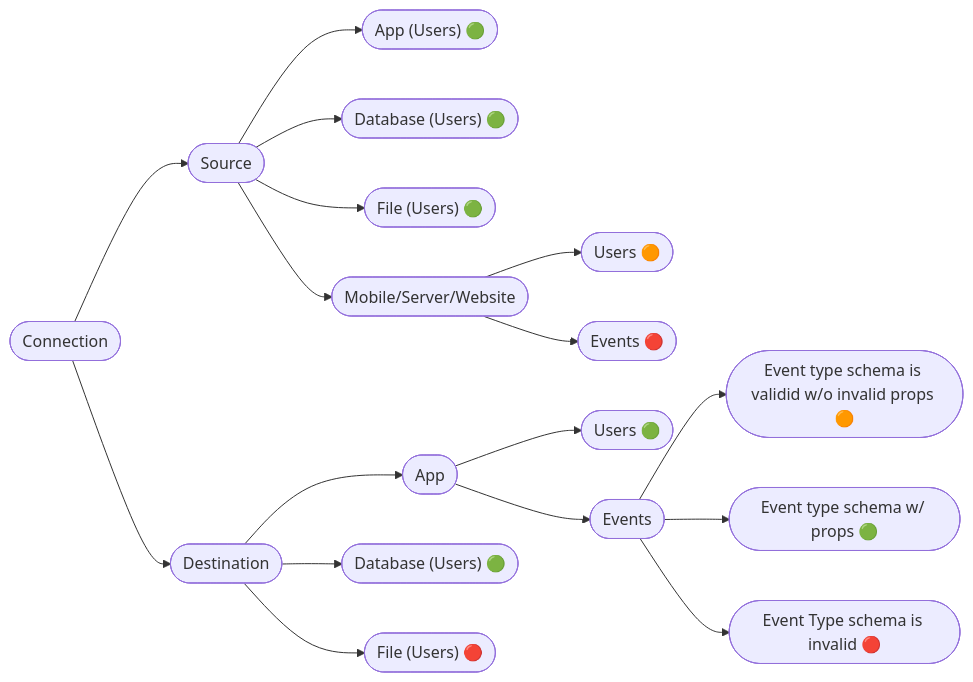
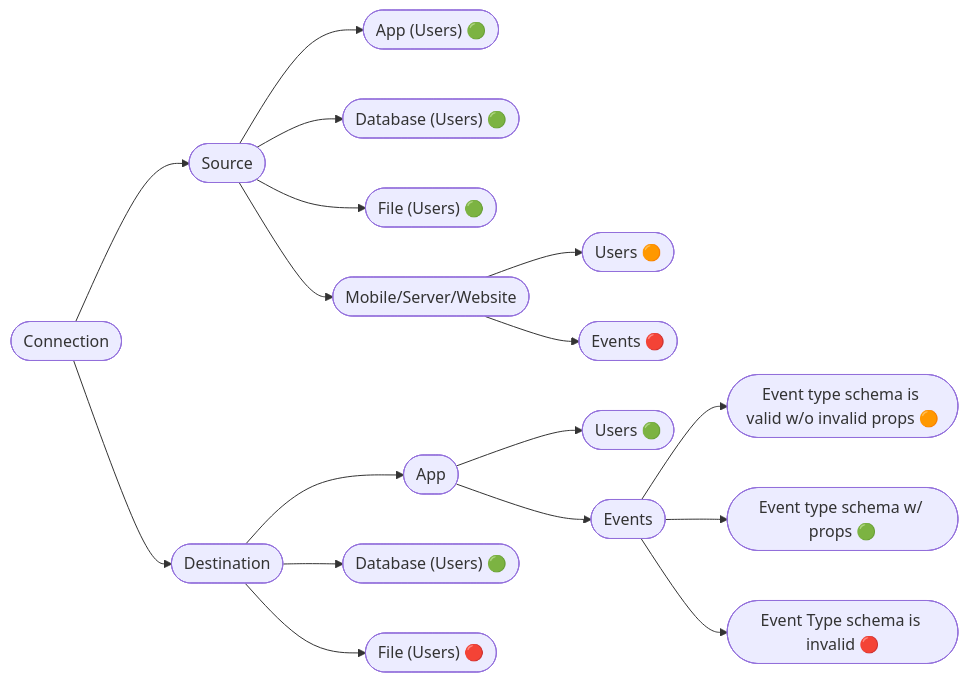
One commit to krenalis/krenalis changed the diagram in apis/Actions support.md. Above: the diagram before and after it, drawn with Mermaid.

Commit message:
apis: fix typo in `Actions support.md`

````diff
--- a/apis/Actions support.md
+++ b/apis/Actions support.md
@@ -52,26 +52,26 @@
 ```mermaid
 graph LR
 
 	conn([Connection]) --> source([Source])
 	conn --> dest([Destination])
 	
 	source --> source_app(["App (Users) 🟢"])
 	source --> source_db(["Database (Users) 🟢"])
 	source --> source_file(["File (Users) 🟢"])
 	source --> source_events_based([Mobile/Server/Website])
 	
 	dest --> dest_app([App])
 	dest --> dest_db(["Database (Users) 🟢"])
 	dest --> dest_file(["File (Users) 🔴"])
 	
 	source_events_based --> source_events_based_users(["Users 🟠"])
 	source_events_based --> source_events_based_events(["Events 🔴"])
 	
 	dest_app --> dest_app_users(["Users 🟢"])
 	dest_app --> dest_app_events([Events])
 	
-	dest_app_events --> valid_schema_no_required_props(["Event type schema is validid w/o invalid props 🟠"])
+	dest_app_events --> valid_schema_no_required_props(["Event type schema is valid w/o invalid props 🟠"])
 	dest_app_events --> valid_schema_with_required_props(["Event type schema w/ props 🟢"])
 	dest_app_events --> invalid_schema(["Event Type schema is invalid 🔴"])
 
 ```
````
